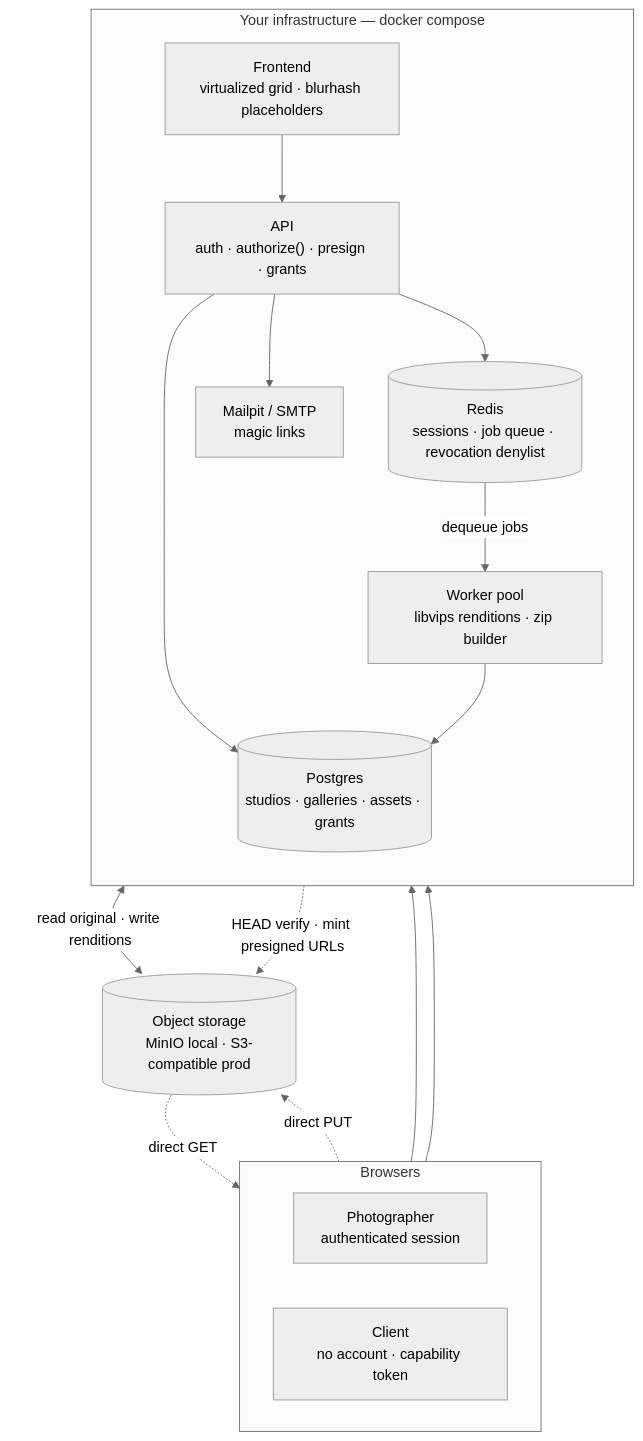
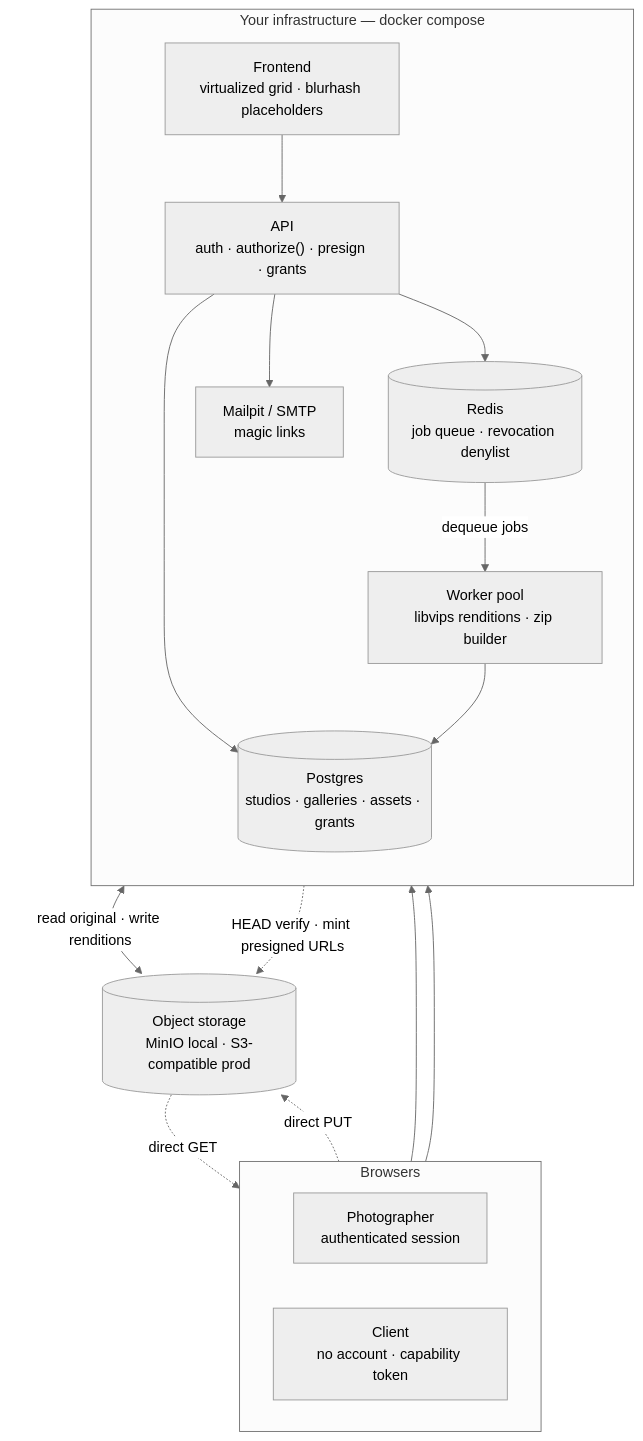
Before and after one commit to RaresPetrisor22/pixhaus: the first of 5 diagrams in docs/architecture.md, drawn with Mermaid (neutral theme). The commit also changed other lines of this file and 1 other file, not shown here.

Commit message:
update API and architecture docs

````diff
--- a/docs/architecture.md
+++ b/docs/architecture.md
@@ -22,33 +22,33 @@
 ```mermaid
 flowchart TB
     subgraph browsers["Browsers"]
         direction LR
         PH["Photographer<br/>authenticated session"]
         CL["Client<br/>no account · capability token"]
     end
 
     subgraph app["Your infrastructure — docker compose"]
         direction TB
         FE["Frontend<br/>virtualized grid · blurhash placeholders"]
         API["API<br/>auth · authorize() · presign · grants"]
         WK["Worker pool<br/>libvips renditions · zip builder"]
         PG[("Postgres<br/>studios · galleries · assets · grants")]
-        RD[("Redis<br/>sessions · job queue · revocation denylist")]
+        RD[("Redis<br/>job queue · revocation denylist")]
         MP["Mailpit / SMTP<br/>magic links"]
     end
 
     OBJ[("Object storage<br/>MinIO local · S3-compatible prod")]
 
     PH --> FE
     CL --> FE
     FE --> API
     API --> PG
     API --> RD
     API --> MP
     RD -->|dequeue jobs| WK
     WK --> PG
     WK <-->|read original · write renditions| OBJ
     API -.->|HEAD verify · mint presigned URLs| OBJ
     PH -.->|direct PUT| OBJ
     OBJ -.->|direct GET| CL
 ```
````
